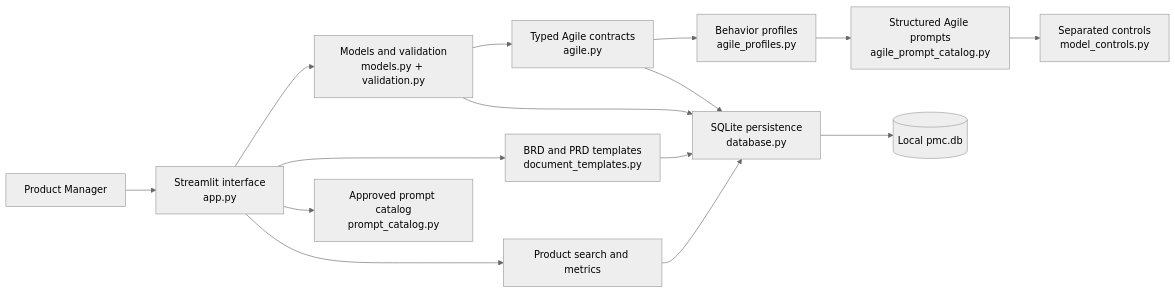
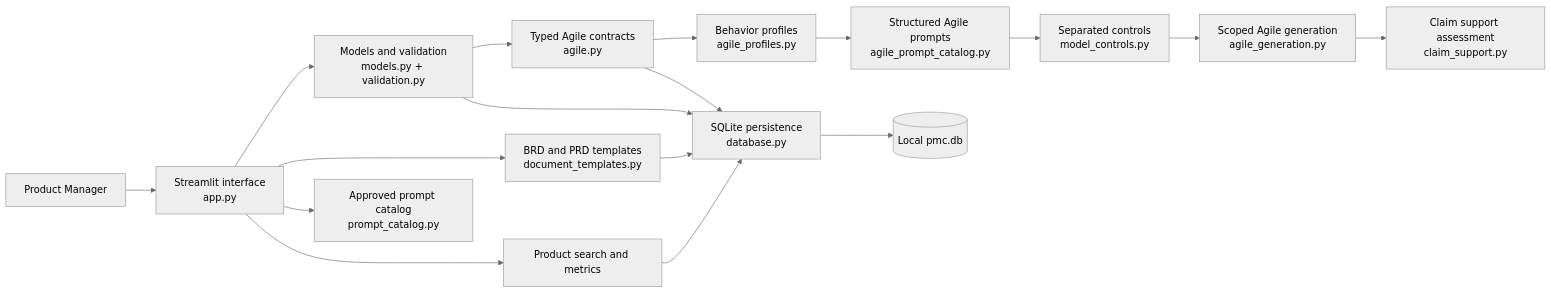
The first of 3 diagrams in docs/ARCHITECTURE.md (Celso-PM-AI/product-manager-central), drawn with Mermaid (neutral theme) before and after one commit. The commit also changed other lines of this file and 9 other files, not shown here.

Commit message:
Complete Phase 10 Checkpoint 9 grounded Agile assessment

````diff
--- a/docs/ARCHITECTURE.md
+++ b/docs/ARCHITECTURE.md
@@ -11,17 +11,19 @@
 ```mermaid
 flowchart LR
     PM[Product Manager] --> UI[Streamlit interface<br/>app.py]
     UI --> CORE[Models and validation<br/>models.py + validation.py]
     CORE --> AGILE[Typed Agile contracts<br/>agile.py]
     AGILE --> PROFILE[Behavior profiles<br/>agile_profiles.py]
     PROFILE --> APROMPT[Structured Agile prompts<br/>agile_prompt_catalog.py]
     APROMPT --> CONTROL[Separated controls<br/>model_controls.py]
+    CONTROL --> AGEN[Scoped Agile generation<br/>agile_generation.py]
+    AGEN --> CLAIM[Claim support assessment<br/>claim_support.py]
     UI --> DOCS[BRD and PRD templates<br/>document_templates.py]
     UI --> PROMPTS[Approved prompt catalog<br/>prompt_catalog.py]
     CORE --> DB[SQLite persistence<br/>database.py]
     AGILE --> DB
     DOCS --> DB
     DB --> LOCAL[(Local pmc.db)]
     UI --> SEARCH[Product search and metrics]
     SEARCH --> DB
 ```
````
